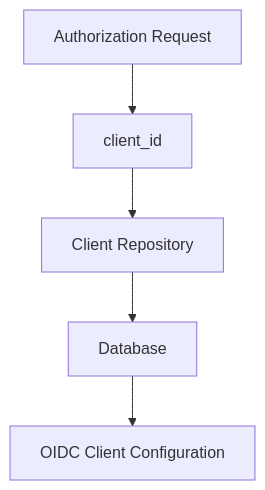
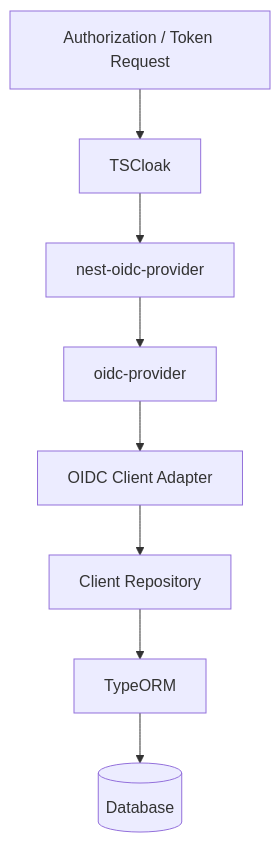
Before and after one commit to TechSivaram/tscloak: diagram 11 of 18 in README.md, drawn with Mermaid. The commit also changed other lines of this file, not shown here.

Commit message:
TSCloak → nest-oidc-provider → oidc-provider

````diff
--- a/README.md
+++ b/README.md
@@ -578,8 +589,10 @@
 ```mermaid
 flowchart TD
-    N0["Authorization Request"] --> N1
-    N1["client_id"] --> N2
-    N2["Client Repository"] --> N3
-    N3["Database"] --> N4
-    N4["OIDC Client Configuration"]
+    A["Authorization / Token Request"] --> B["TSCloak"]
+    B --> C["nest-oidc-provider"]
+    C --> D["oidc-provider"]
+    D --> E["OIDC Client Adapter"]
+    E --> F["Client Repository"]
+    F --> G["TypeORM"]
+    G --> H[("Database")]
 ```
````
